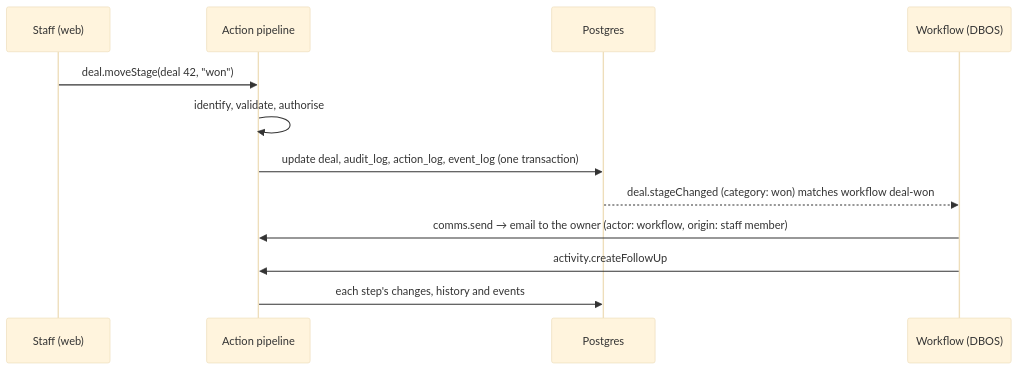
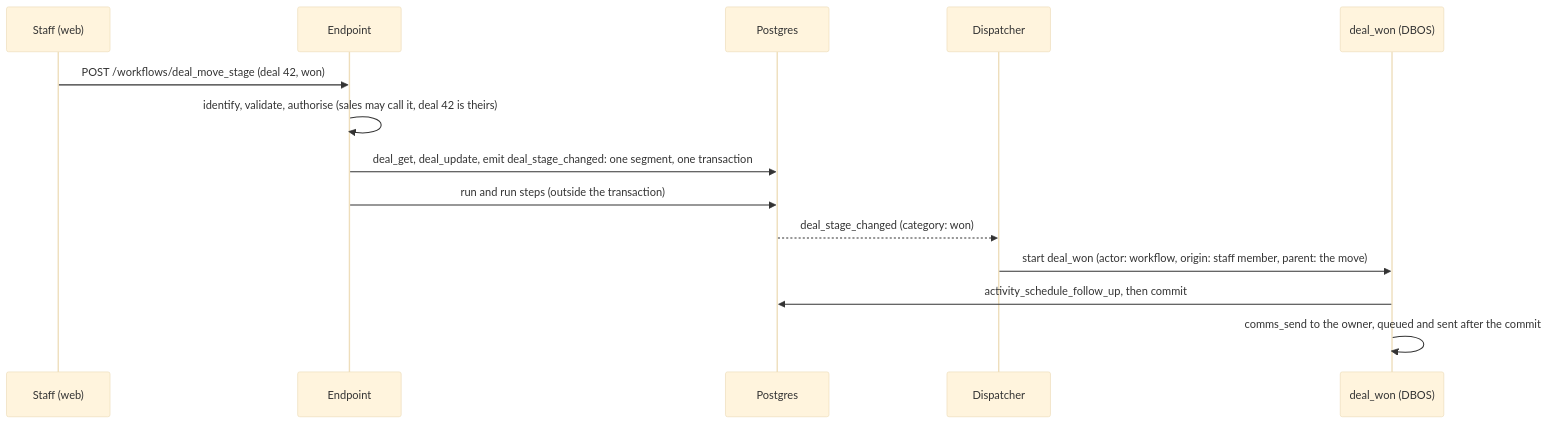
One commit to deagil/factory changed the second of 2 diagrams in docs/SYSTEM_DESIGN.md. Above: the diagram before and after it, drawn with Mermaid (base theme). The commit also changed other lines of this file and 21 other files, not shown here.

````diff
--- a/docs/SYSTEM_DESIGN.md
+++ b/docs/SYSTEM_DESIGN.md
@@ -541,14 +579,16 @@
 ```mermaid
 sequenceDiagram
   participant S as Staff (web)
-  participant API as Action pipeline
+  participant API as Endpoint
   participant DB as Postgres
-  participant WF as Workflow (DBOS)
-  S->>API: deal.moveStage(deal 42, "won")
-  API->>API: identify, validate, authorise
-  API->>DB: update deal, audit_log, action_log, event_log (one transaction)
-  DB-->>WF: deal.stageChanged (category: won) matches workflow deal-won
-  WF->>API: comms.send → email to the owner (actor: workflow, origin: staff member)
-  WF->>API: activity.createFollowUp
-  API->>DB: each step's changes, history and events
+  participant D as Dispatcher
+  participant WF as deal_won (DBOS)
+  S->>API: POST /workflows/deal_move_stage (deal 42, won)
+  API->>API: identify, validate, authorise (sales may call it, deal 42 is theirs)
+  API->>DB: deal_get, deal_update, emit deal_stage_changed: one segment, one transaction
+  API->>DB: run and run steps (outside the transaction)
+  DB-->>D: deal_stage_changed (category: won)
+  D->>WF: start deal_won (actor: workflow, origin: staff member, parent: the move)
+  WF->>DB: activity_schedule_follow_up, then commit
+  WF->>WF: comms_send to the owner, queued and sent after the commit
 ```
````
